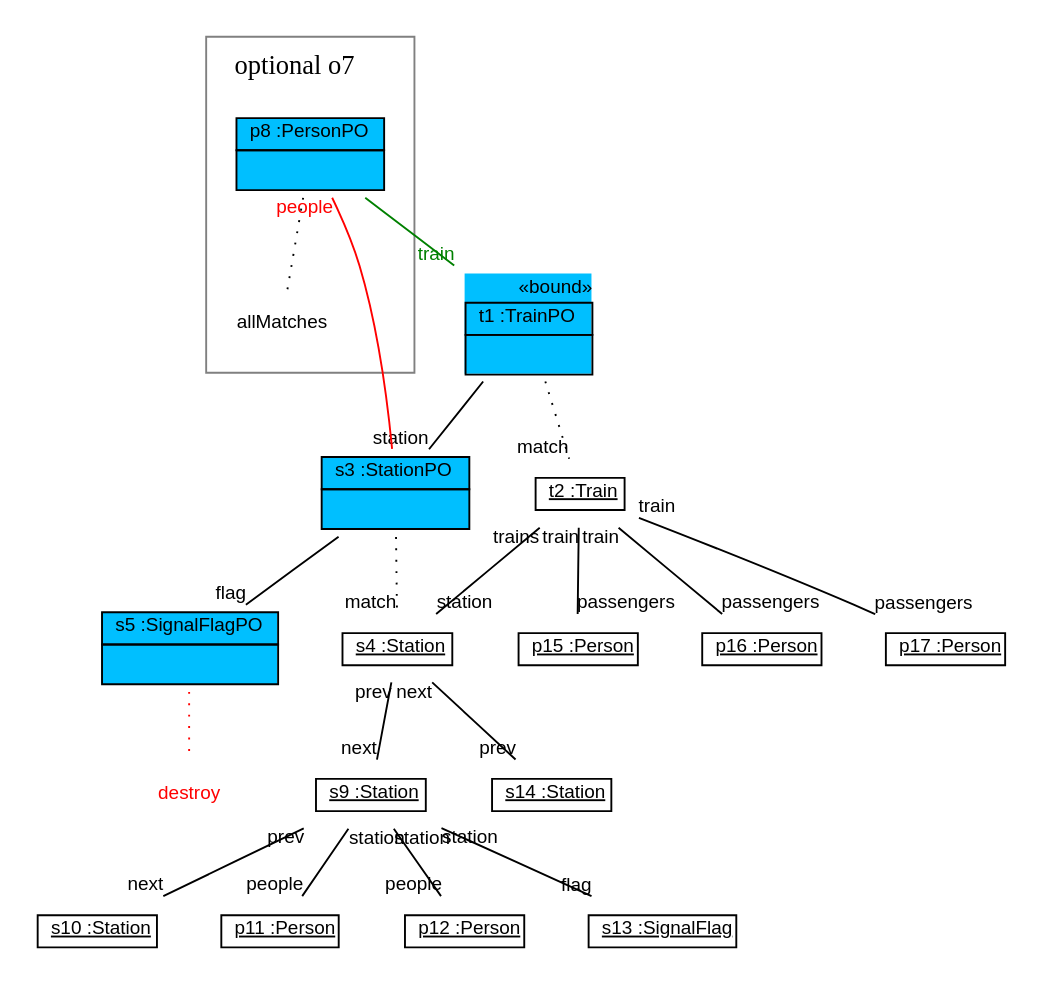
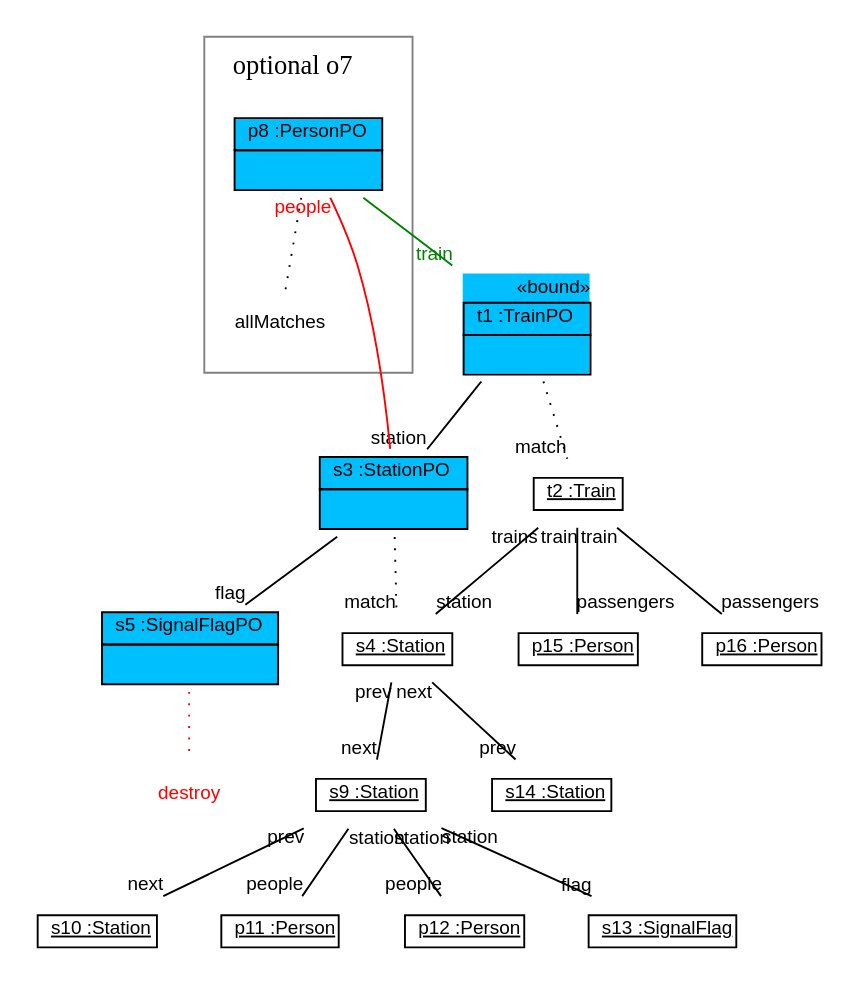
Before and after one commit to fujaba/SDMLib: the diagram in doc/addPassengersPattern2.dot, drawn with Graphviz. The commit also changed 373 other files, not shown here.

```diff
--- a/doc/addPassengersPattern2.dot
+++ b/doc/addPassengersPattern2.dot
@@ -1,48 +1,46 @@
 graph ObjectDiagram {
    node [shape = none, fontsize = 10, fontname = "Arial"];
    edge [fontsize = 10, fontname = "Arial"];
 
 t1 [label=<<table border='0' cellborder='1' cellspacing='0' color='black' bgcolor='deepskyblue'> <tr> <td border='0' align='right'><font color='black'>&#171;bound&#187;</font></td></tr> <tr> <td align='center'> <font color='black'> t1 :TrainPO </font></td></tr> <tr> <td align='left'> <table border='0' cellborder='0' cellspacing='0' color='black'> <tr> <td>  </td></tr></table></td></tr></table>>];
 s3 [label=<<table border='0' cellborder='1' cellspacing='0' color='black' bgcolor='deepskyblue'>  <tr> <td align='center'> <font color='black'> s3 :StationPO </font></td></tr> <tr> <td align='left'> <table border='0' cellborder='0' cellspacing='0' color='black'> <tr> <td>  </td></tr></table></td></tr></table>>];
 s5 [label=<<table border='0' cellborder='1' cellspacing='0' color='black' bgcolor='deepskyblue'>  <tr> <td align='center'> <font color='black'> s5 :SignalFlagPO </font></td></tr> <tr> <td align='left'> <table border='0' cellborder='0' cellspacing='0' color='black'> <tr> <td>  </td></tr></table></td></tr></table>>];
 d6 [label="destroy" fontcolor="red"]
 subgraph cluster_o7 
 {
    label=<<table border='0' cellborder='0'><tr><td>optional o7</td></tr></table>>;
    color=grey;
 
 p8 [label=<<table border='0' cellborder='1' cellspacing='0' color='black' bgcolor='deepskyblue'>  <tr> <td align='center'> <font color='black'> p8 :PersonPO </font></td></tr> <tr> <td align='left'> <table border='0' cellborder='0' cellspacing='0' color='black'> <tr> <td>  </td></tr></table></td></tr></table>>];
 allMatches_p8 [label=allMatches];
 }
 
 t2 [label=<<table border='0' cellborder='1' cellspacing='0'> <tr> <td href="../../SDMLib/src/org/sdmlib/examples/patternrewriteops/Train.java"> <u>t2 :Train</u></td></tr></table>>];
 s4 [label=<<table border='0' cellborder='1' cellspacing='0'> <tr> <td href="../../SDMLib/src/org/sdmlib/examples/patternrewriteops/Station.java"> <u>s4 :Station</u></td></tr></table>>];
 s9 [label=<<table border='0' cellborder='1' cellspacing='0'> <tr> <td href="../../SDMLib/src/org/sdmlib/examples/patternrewriteops/Station.java"> <u>s9 :Station</u></td></tr></table>>];
 s10 [label=<<table border='0' cellborder='1' cellspacing='0'> <tr> <td href="../../SDMLib/src/org/sdmlib/examples/patternrewriteops/Station.java"> <u>s10 :Station</u></td></tr></table>>];
 p11 [label=<<table border='0' cellborder='1' cellspacing='0'> <tr> <td href="../../SDMLib/src/org/sdmlib/examples/patternrewriteops/Person.java"> <u>p11 :Person</u></td></tr></table>>];
 p12 [label=<<table border='0' cellborder='1' cellspacing='0'> <tr> <td href="../../SDMLib/src/org/sdmlib/examples/patternrewriteops/Person.java"> <u>p12 :Person</u></td></tr></table>>];
 s13 [label=<<table border='0' cellborder='1' cellspacing='0'> <tr> <td href="../../SDMLib/src/org/sdmlib/examples/patternrewriteops/SignalFlag.java"> <u>s13 :SignalFlag</u></td></tr></table>>];
 s14 [label=<<table border='0' cellborder='1' cellspacing='0'> <tr> <td href="../../SDMLib/src/org/sdmlib/examples/patternrewriteops/Station.java"> <u>s14 :Station</u></td></tr></table>>];
 p15 [label=<<table border='0' cellborder='1' cellspacing='0'> <tr> <td href="../../SDMLib/src/org/sdmlib/examples/patternrewriteops/Person.java"> <u>p15 :Person</u></td></tr></table>>];
 p16 [label=<<table border='0' cellborder='1' cellspacing='0'> <tr> <td href="../../SDMLib/src/org/sdmlib/examples/patternrewriteops/Person.java"> <u>p16 :Person</u></td></tr></table>>];
-p17 [label=<<table border='0' cellborder='1' cellspacing='0'> <tr> <td href="../../SDMLib/src/org/sdmlib/examples/patternrewriteops/Person.java"> <u>p17 :Person</u></td></tr></table>>];
 
 t1 -- t2 [headlabel = "match" style="dotted" color="black" fontcolor="black"];
 s3 -- s4 [headlabel = "match" style="dotted" color="black" fontcolor="black"];
 s5 -- d6 [style="dotted" color="red" fontcolor="red"];
 p8 -- allMatches_p8 [style="dotted"];
 t1 -- s3 [headlabel = "station" taillabel = "" color="black" fontcolor="black"];
 s3 -- s5 [headlabel = "flag" taillabel = "" color="black" fontcolor="black"];
 s3 -- p8 [headlabel = "people" taillabel = "" color="red" fontcolor="red"];
 p8 -- t1 [headlabel = "train" taillabel = "" color="green" fontcolor="green"];
 t2 -- s4 [headlabel = "station" taillabel = "trains"];
 t2 -- p15 [headlabel = "passengers" taillabel = "train"];
 t2 -- p16 [headlabel = "passengers" taillabel = "train"];
-t2 -- p17 [headlabel = "passengers" taillabel = "train"];
 s4 -- s9 [headlabel = "next" taillabel = "prev"];
 s4 -- s14 [headlabel = "prev" taillabel = "next"];
 s9 -- s10 [headlabel = "next" taillabel = "prev"];
 s9 -- p11 [headlabel = "people" taillabel = "station"];
 s9 -- p12 [headlabel = "people" taillabel = "station"];
 s9 -- s13 [headlabel = "flag" taillabel = "station"];
 }
```
